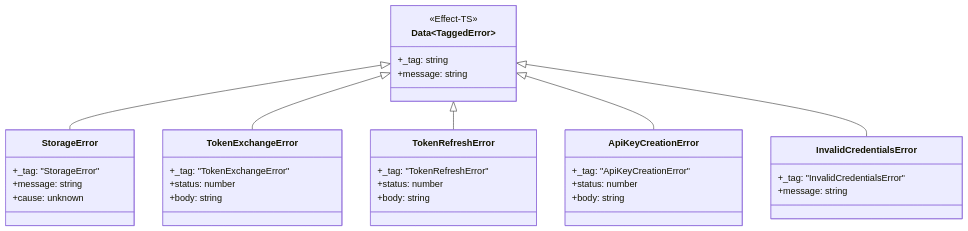
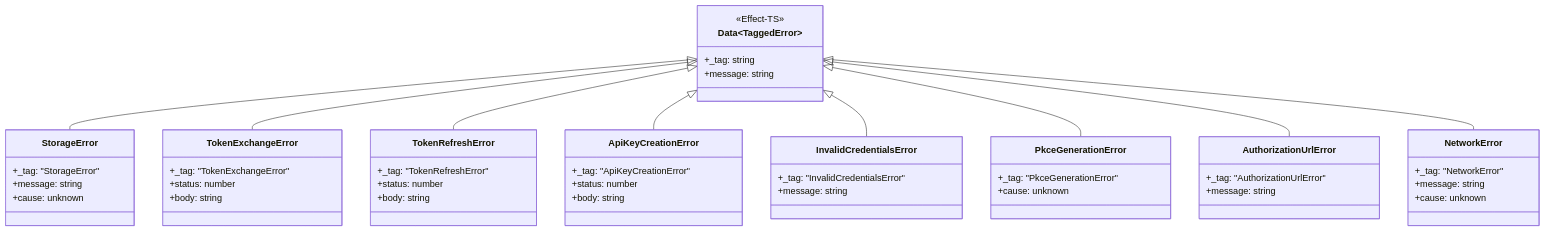
Before and after one commit to cipher-rc5/not-anthropic-oauth: the eighth of 12 diagrams in docs/ARCHITECTURE.md, drawn with Mermaid. The commit also changed other lines of this file and 29 other files, not shown here.

````diff
--- a/docs/ARCHITECTURE.md
+++ b/docs/ARCHITECTURE.md
@@ -340,43 +367,62 @@
 ```mermaid
 classDiagram
     class Data~TaggedError~ {
         <<Effect-TS>>
         +_tag: string
         +message: string
     }
     
     class StorageError {
         +_tag: "StorageError"
         +message: string
         +cause: unknown
     }
     
     class TokenExchangeError {
         +_tag: "TokenExchangeError"
         +status: number
         +body: string
     }
     
     class TokenRefreshError {
         +_tag: "TokenRefreshError"
         +status: number
         +body: string
     }
     
     class ApiKeyCreationError {
         +_tag: "ApiKeyCreationError"
         +status: number
         +body: string
     }
     
     class InvalidCredentialsError {
         +_tag: "InvalidCredentialsError"
         +message: string
     }
+
+    class PkceGenerationError {
+        +_tag: "PkceGenerationError"
+        +cause: unknown
+    }
+
+    class AuthorizationUrlError {
+        +_tag: "AuthorizationUrlError"
+        +message: string
+    }
+
+    class NetworkError {
+        +_tag: "NetworkError"
+        +message: string
+        +cause: unknown
+    }
     
     Data~TaggedError~ <|-- StorageError
     Data~TaggedError~ <|-- TokenExchangeError
     Data~TaggedError~ <|-- TokenRefreshError
     Data~TaggedError~ <|-- ApiKeyCreationError
     Data~TaggedError~ <|-- InvalidCredentialsError
+    Data~TaggedError~ <|-- PkceGenerationError
+    Data~TaggedError~ <|-- AuthorizationUrlError
+    Data~TaggedError~ <|-- NetworkError
 ```
````
